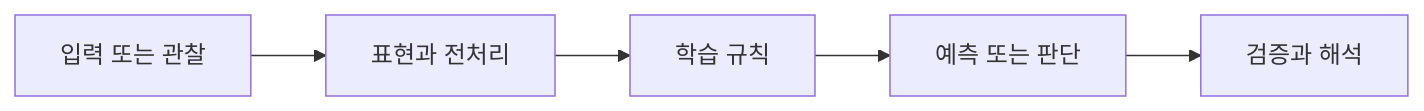
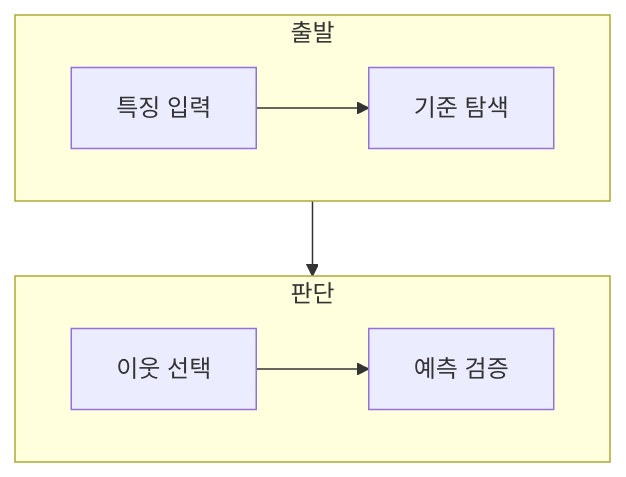
Before and after one commit to umyunsang/edu: the diagram in ComputerScience/03_ai-ml-data/machine-learning/notes/01. 결정 트리와 KNN 실습.md, drawn with Mermaid. The commit also changed other lines of this file and 19 other files, not shown here.

````diff
--- a/ComputerScience/03_ai-ml-data/machine-learning/notes/01. 결정 트리와 KNN 실습.md
+++ b/ComputerScience/03_ai-ml-data/machine-learning/notes/01. 결정 트리와 KNN 실습.md
@@ -24,7 +23,12 @@
 ```mermaid
-flowchart LR
-    A["입력 또는 관찰"] --> B["표현과 전처리"]
-    B --> C["학습 규칙"]
-    C --> D["예측 또는 판단"]
-    D --> E["검증과 해석"]
+flowchart TB
+    subgraph Input[출발]
+        direction LR
+        A[특징 입력] --> B[기준 탐색]
+    end
+    subgraph Decision[판단]
+        direction LR
+        C[이웃 선택] --> D[예측 검증]
+    end
+    B --> C
 ```
````
